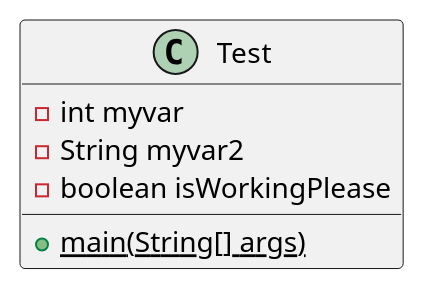
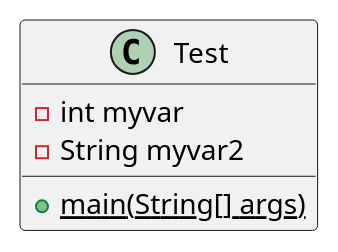
Before and after one commit to andrewdimmer/csi-3370-software-project-config-test: the diagram in docs/uml/test.puml, drawn with PlantUML.

```diff
--- a/docs/uml/test.puml
+++ b/docs/uml/test.puml
@@ -1,10 +1,9 @@
 @startuml test
 
 class Test {
     - int myvar
     - String myvar2
-    - boolean isWorkingPlease
     {static} + main(String[] args)
 }
 
 @enduml
```
